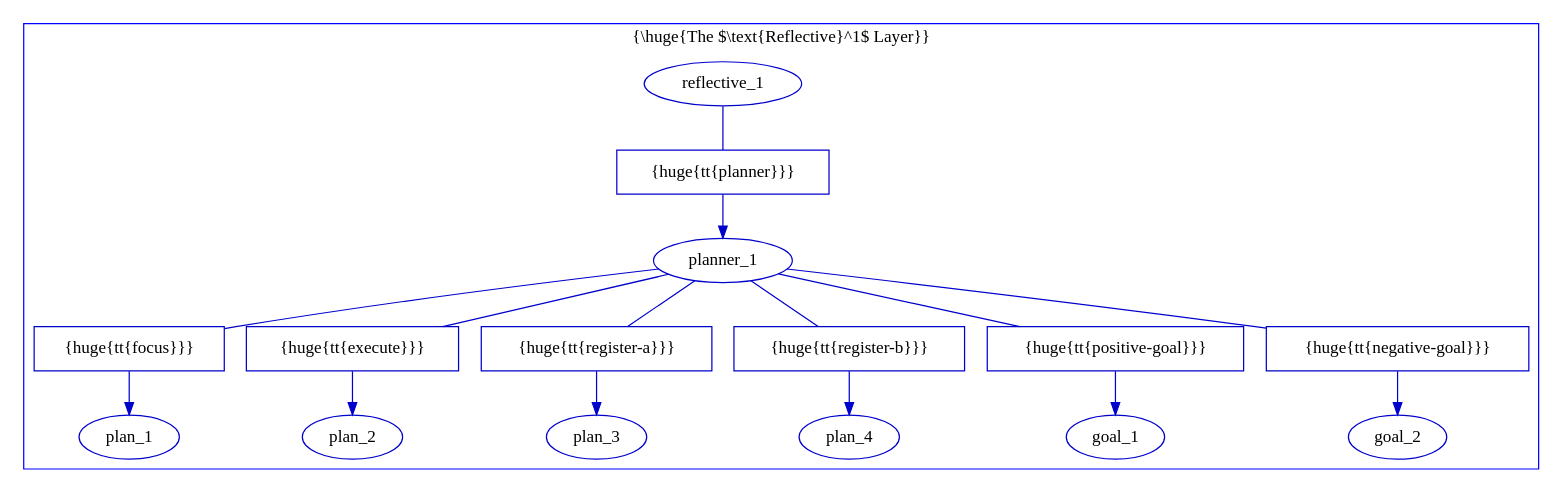
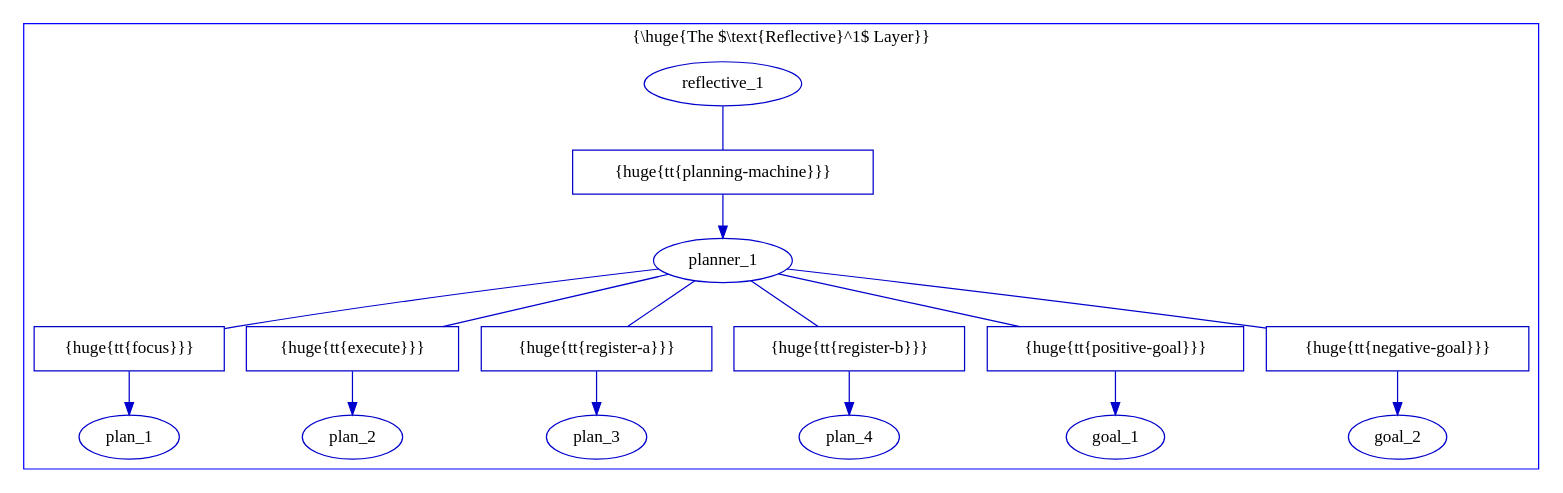
One commit to bunuelo/funk2 changed the diagram in documentation/phdthesis/gfx/example_planner.dot. Above: the diagram before and after it, drawn with Graphviz. The commit also changed 8 other files, not shown here.

```diff
--- a/documentation/phdthesis/gfx/example_planner.dot
+++ b/documentation/phdthesis/gfx/example_planner.dot
@@ -1,75 +1,75 @@
 digraph G {
 
   subgraph cluster_1 {
     label = "{\\huge{The $\\text{Reflective}^1$ Layer}}";
     color=blue
     
     // reflective
     node [fillcolor = white, color = "#0000CC", style = filled];
     edge [color = "#0000CC"];
     
     
     // goal_1^*
 
     goal_1 [texlbl = "{\huge{\tt{Goal*}}}"];
     
     // goal_2^*
 
     goal_2 [texlbl = "{\huge{\tt{Goal*}}}"];
     
     // plan_1
 
     plan_1 [texlbl = "{\huge{\tt{Plan}}}"];
     
     // plan_2
 
     plan_2 [texlbl = "{\huge{\tt{Plan}}}"];
     
     // plan_3
 
     plan_3 [texlbl = "{\huge{\tt{Plan}}}"];
     
     // plan_4
 
     plan_4 [texlbl = "{\huge{\tt{Plan}}}"];
     
 
     // planner_1
 
-    planner_1 [texlbl = "{\huge{\tt{Planner}}}"];
+    planner_1 [texlbl = "{\huge{\tt{Planning-Machine}}}"];
     
     planner_1_focus_plan_1 [shape=box,label="{\huge{\tt{focus}}}"];
     planner_1 -> planner_1_focus_plan_1 [arrowhead=none];
     planner_1_focus_plan_1 -> plan_1 [style="-triangle 45"];
     
     planner_1_execute_plan_2 [shape=box,label="{\huge{\tt{execute}}}"];
     planner_1 -> planner_1_execute_plan_2 [arrowhead=none];
     planner_1_execute_plan_2 -> plan_2 [style="-triangle 45"];
     
     planner_1_register_a_plan_3 [shape=box,label="{\huge{\tt{register-a}}}"];
     planner_1 -> planner_1_register_a_plan_3 [arrowhead=none];
     planner_1_register_a_plan_3 -> plan_3 [style="-triangle 45"];
     
     planner_1_register_b_plan_4 [shape=box,label="{\huge{\tt{register-b}}}"];
     planner_1 -> planner_1_register_b_plan_4 [arrowhead=none];
     planner_1_register_b_plan_4 -> plan_4 [style="-triangle 45"];
     
     planner_1_positive_goal_goal_1 [shape=box,label="{\huge{\tt{positive-goal}}}"];
     planner_1 -> planner_1_positive_goal_goal_1 [arrowhead=none];
     planner_1_positive_goal_goal_1 -> goal_1 [style="-triangle 45"];
     
     planner_1_negative_goal_goal_2 [shape=box,label="{\huge{\tt{negative-goal}}}"];
     planner_1 -> planner_1_negative_goal_goal_2 [arrowhead=none];
     planner_1_negative_goal_goal_2 -> goal_2 [style="-triangle 45"];
     
 
     // reflective_1
 
     reflective_1 [texlbl = "{\huge{\tt{Reflective}}}"];
     
-    reflective_1_planner_planner_1 [shape=box,label="{\huge{\tt{planner}}}"];
+    reflective_1_planner_planner_1 [shape=box,label="{\huge{\tt{planning-machine}}}"];
     reflective_1 -> reflective_1_planner_planner_1 [arrowhead=none];
     reflective_1_planner_planner_1 -> planner_1 [style="-triangle 45"];
     
   }
 }
```
